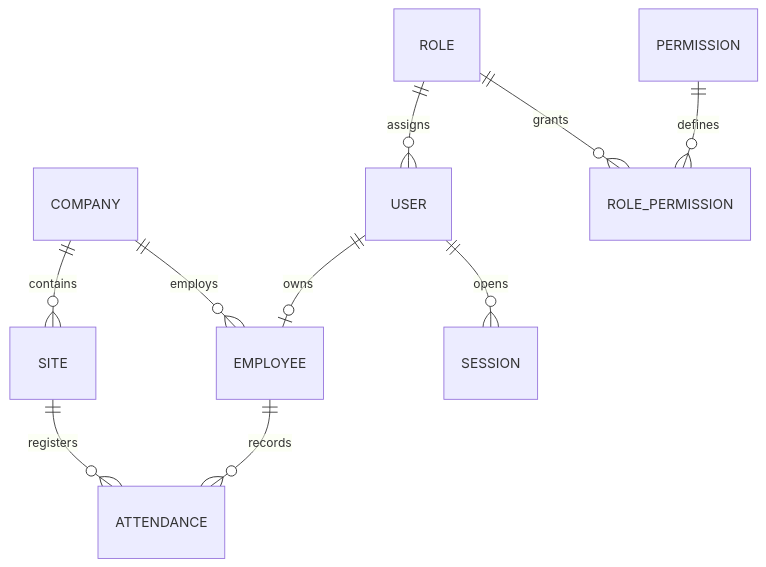
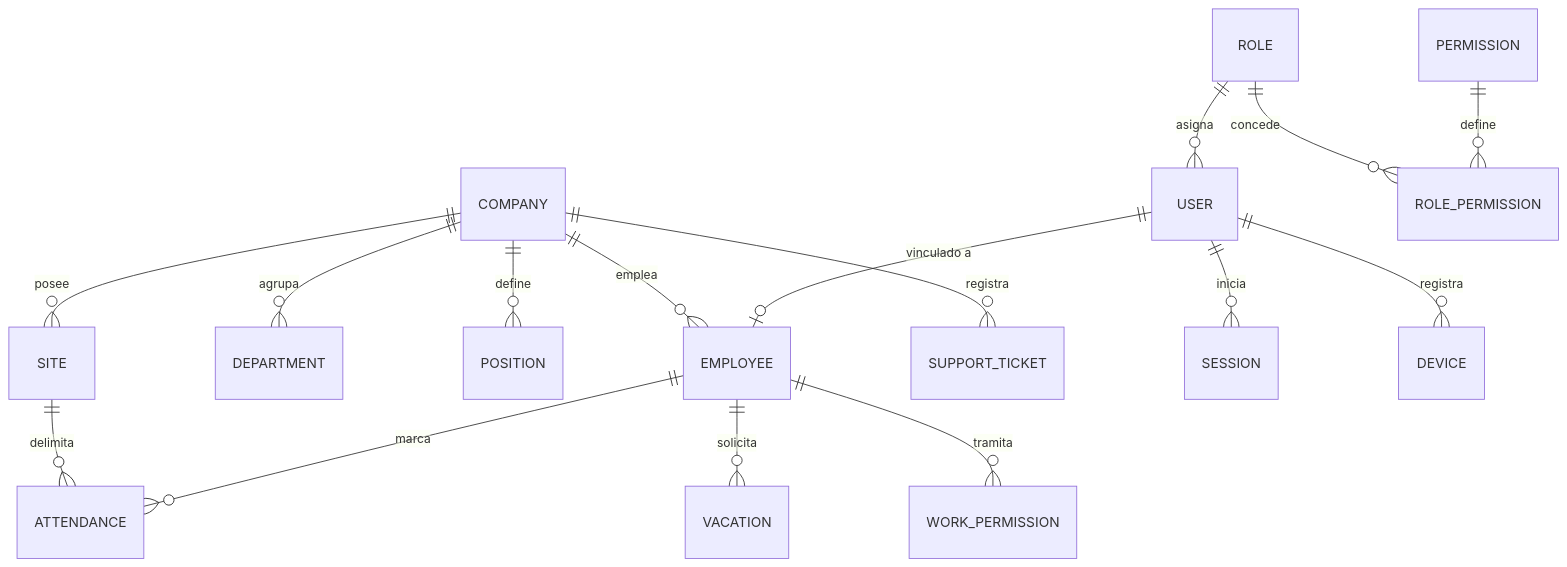
Before and after one commit to MSA-Automotriz/sistema_asistencia: the second of 2 diagrams in README.md, drawn with Mermaid. The commit also changed other lines of this file and 27 other files, not shown here.

````diff
--- a/README.md
+++ b/README.md
@@ -18,12 +22,18 @@
 ```mermaid
 erDiagram
-  COMPANY ||--o{ SITE : contains
-  COMPANY ||--o{ EMPLOYEE : employs
-  ROLE ||--o{ USER : assigns
-  ROLE ||--o{ ROLE_PERMISSION : grants
-  PERMISSION ||--o{ ROLE_PERMISSION : defines
-  USER ||--o| EMPLOYEE : owns
-  SITE ||--o{ ATTENDANCE : registers
-  EMPLOYEE ||--o{ ATTENDANCE : records
-  USER ||--o{ SESSION : opens
+  COMPANY ||--o{ SITE : "posee"
+  COMPANY ||--o{ DEPARTMENT : "agrupa"
+  COMPANY ||--o{ POSITION : "define"
+  COMPANY ||--o{ EMPLOYEE : "emplea"
+  COMPANY ||--o{ SUPPORT_TICKET : "registra"
+  ROLE ||--o{ USER : "asigna"
+  ROLE ||--o{ ROLE_PERMISSION : "concede"
+  PERMISSION ||--o{ ROLE_PERMISSION : "define"
+  USER ||--o| EMPLOYEE : "vinculado a"
+  USER ||--o{ SESSION : "inicia"
+  USER ||--o{ DEVICE : "registra"
+  SITE ||--o{ ATTENDANCE : "delimita"
+  EMPLOYEE ||--o{ ATTENDANCE : "marca"
+  EMPLOYEE ||--o{ VACATION : "solicita"
+  EMPLOYEE ||--o{ WORK_PERMISSION : "tramita"
 ```
````
